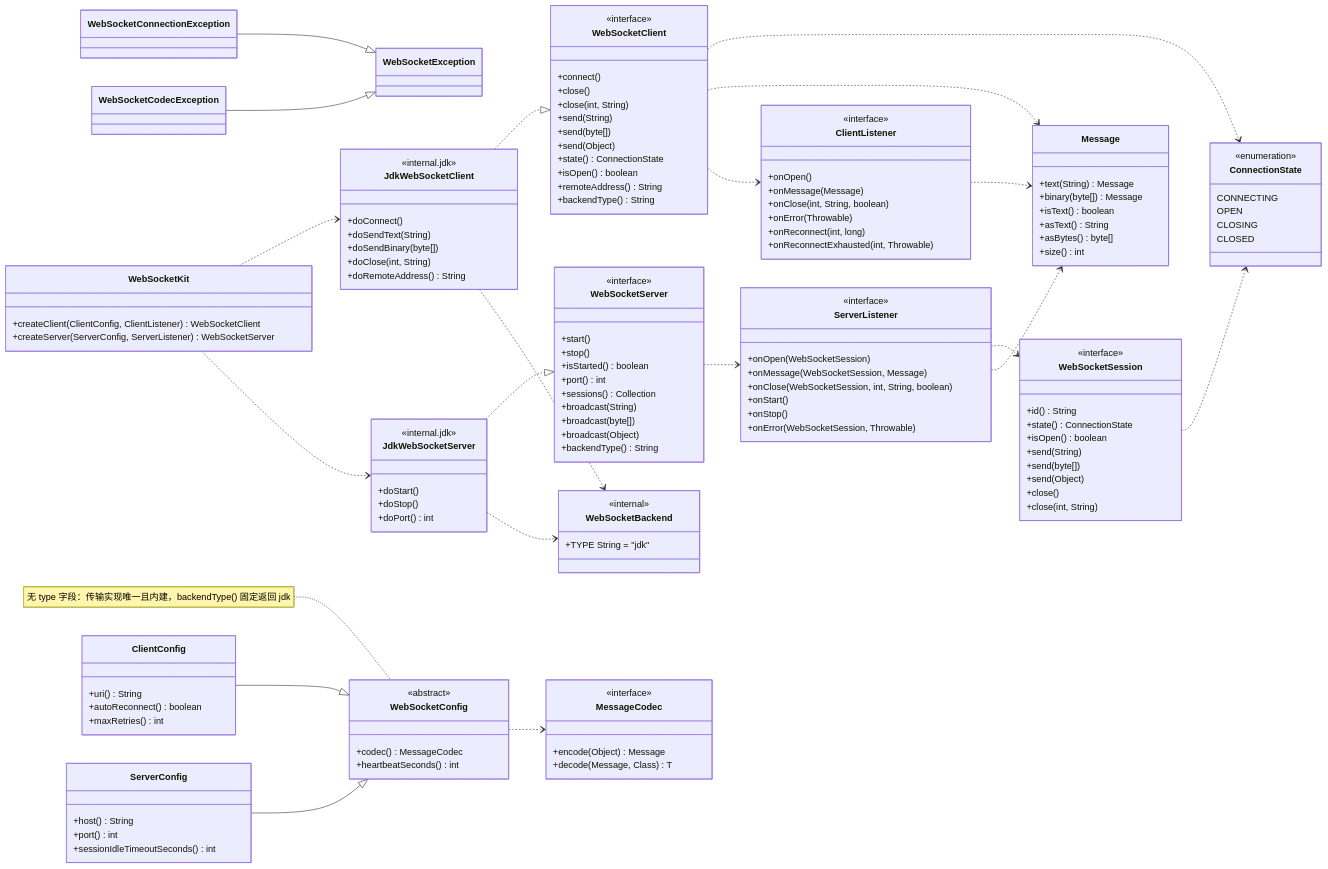
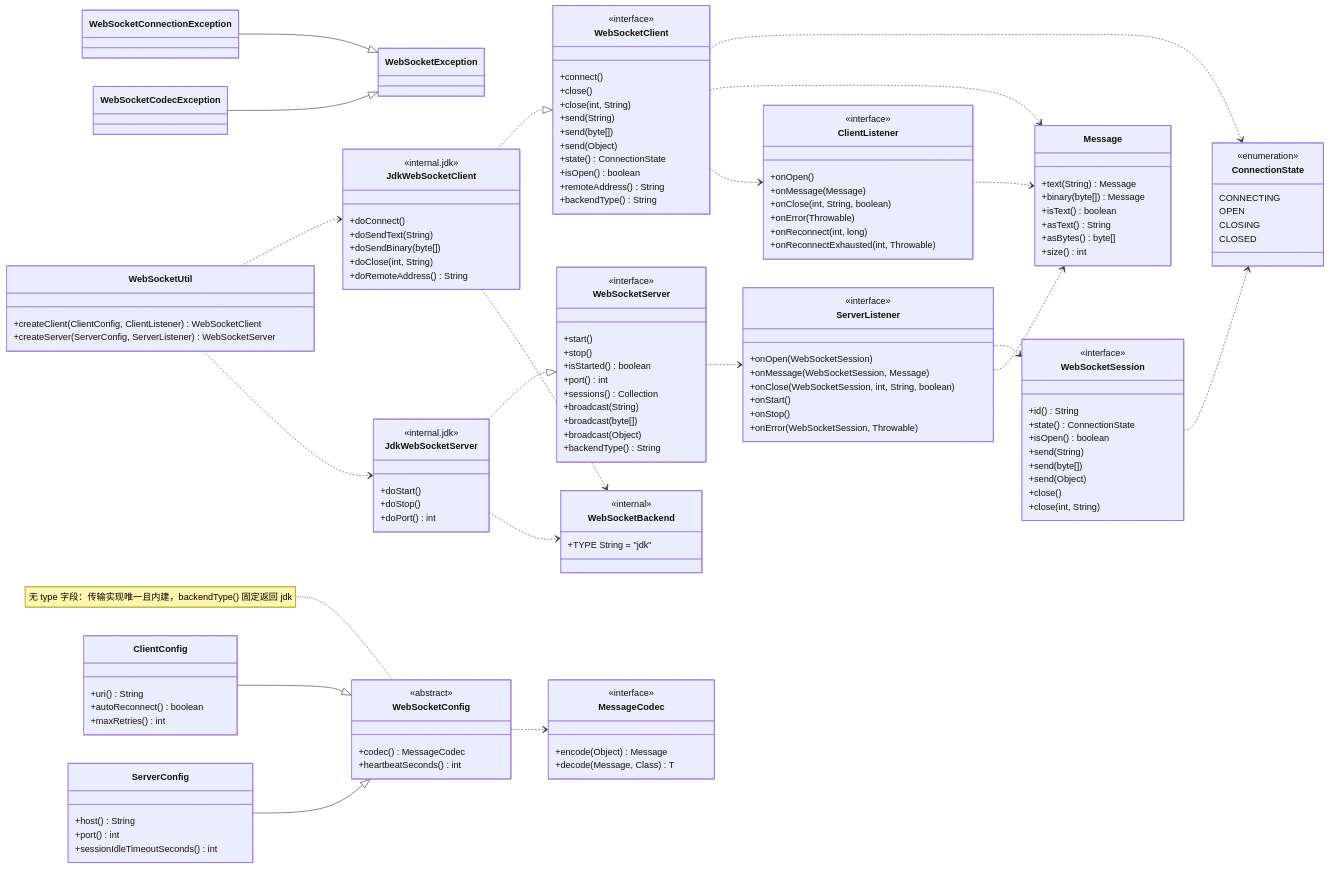
The fifth of 5 diagrams in aifei-websocket/docs/design.md (gollyhu/aifei-eco-modules), drawn with Mermaid before and after one commit. The commit also changed other lines of this file and 87 other files, not shown here.

Commit message:
aifei-cache 将 CacheUtil/CounterUtil 门面更名为 CacheKit/CounterKit，同步设计文档与相关注释

````diff
--- a/aifei-websocket/docs/design.md
+++ b/aifei-websocket/docs/design.md
@@ -1252,7 +1252,7 @@
     class WebSocketException
     class WebSocketConnectionException
     class WebSocketCodecException
-    class WebSocketKit {
+    class WebSocketUtil {
         +createClient(ClientConfig, ClientListener) WebSocketClient
         +createServer(ServerConfig, ServerListener) WebSocketServer
     }
@@ -1296,8 +1296,8 @@
     ClientListener ..> Message
     ServerListener ..> Message
     WebSocketConfig ..> MessageCodec
-    WebSocketKit ..> JdkWebSocketClient
-    WebSocketKit ..> JdkWebSocketServer
+    WebSocketUtil ..> JdkWebSocketClient
+    WebSocketUtil ..> JdkWebSocketServer
     JdkWebSocketClient ..> WebSocketBackend
     JdkWebSocketServer ..> WebSocketBackend
 ```
````
